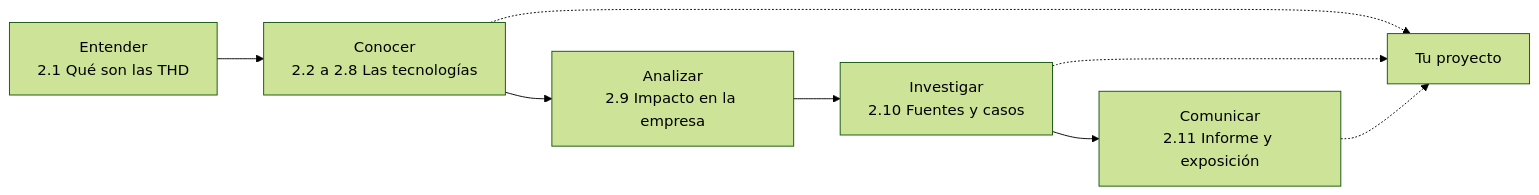
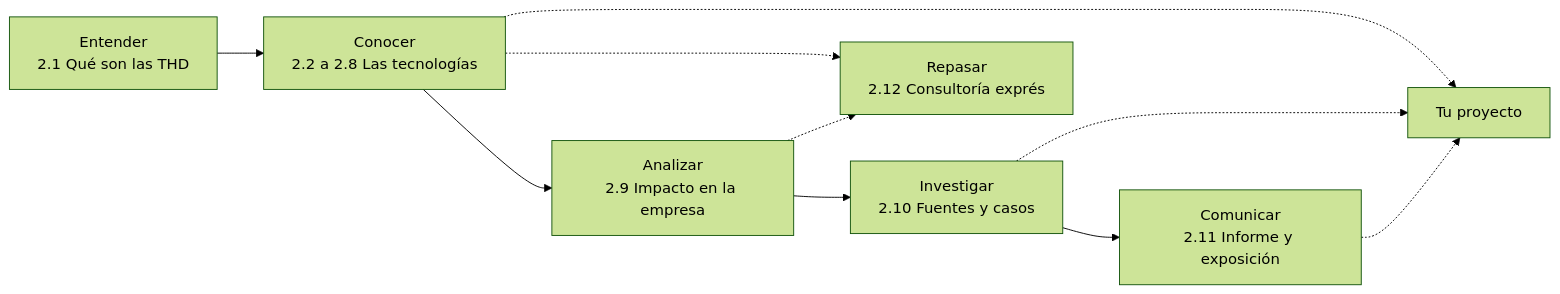
The diagram in docs/temas/02-tecnologias-habilitadoras/index.md (jssdocente/dasp2627d), drawn with Mermaid (forest theme) before and after one commit. The commit also changed other lines of this file and 2 other files, not shown here.

Commit message:
docs(tema 2): añadir la actividad en grupo Consultoría exprés

````diff
--- a/docs/temas/02-tecnologias-habilitadoras/index.md
+++ b/docs/temas/02-tecnologias-habilitadoras/index.md
@@ -12,10 +12,12 @@
 ```mermaid
 flowchart LR
     A["Entender<br/>2.1 Qué son las THD"] --> B["Conocer<br/>2.2 a 2.8 Las tecnologías"]
     B --> C["Analizar<br/>2.9 Impacto en la empresa"]
     C --> D["Investigar<br/>2.10 Fuentes y casos"]
     D --> E["Comunicar<br/>2.11 Informe y exposición"]
     B -.-> P["Tu proyecto"]
     D -.-> P
     E -.-> P
+    B -.-> R["Repasar<br/>2.12 Consultoría exprés"]
+    C -.-> R
 ```
````
